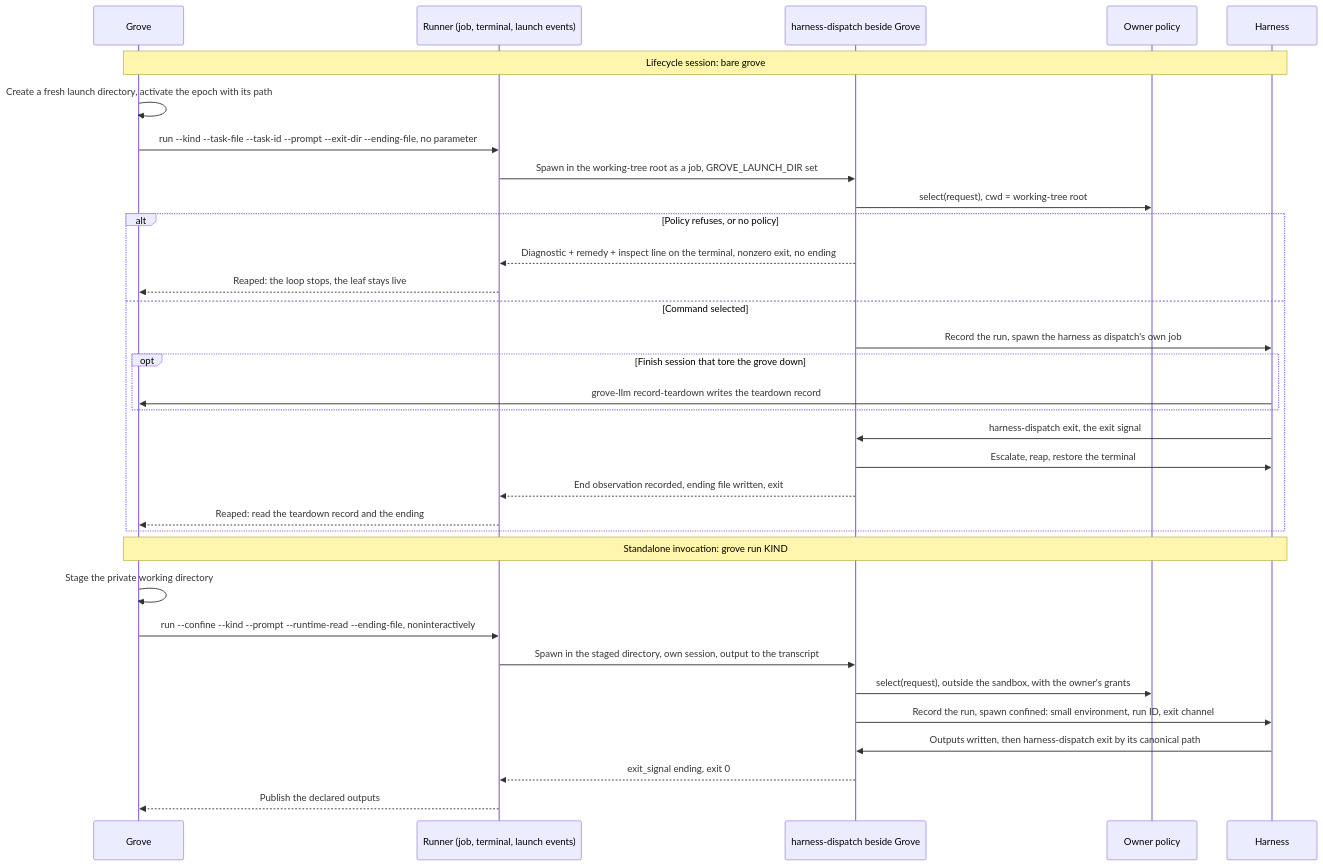
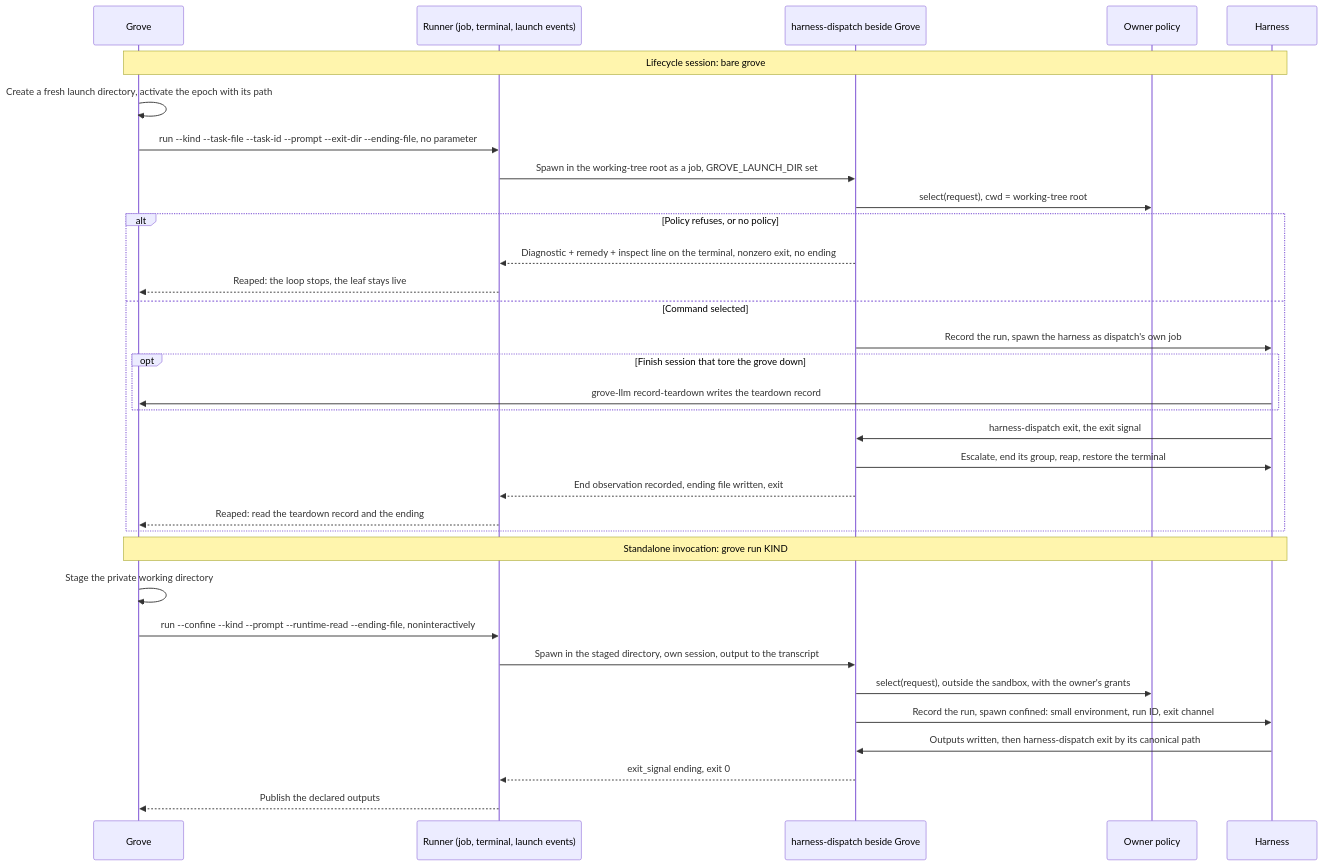
Before and after one commit to Linkuistics/grove: the diagram in docs/design/harness-selection-and-execution/grove-launch.mmd, drawn with Mermaid. The commit also changed 14 other files, not shown here.

```diff
--- a/docs/design/harness-selection-and-execution/grove-launch.mmd
+++ b/docs/design/harness-selection-and-execution/grove-launch.mmd
@@ -1,33 +1,33 @@
 sequenceDiagram
   participant G as Grove
   participant N as Runner (job, terminal, launch events)
   participant X as harness-dispatch beside Grove
   participant P as Owner policy
   participant H as Harness
   Note over G,H: Lifecycle session: bare grove
   G->>G: Create a fresh launch directory, activate the epoch with its path
   G->>N: run --kind --task-file --task-id --prompt --exit-dir --ending-file, no parameter
   N->>X: Spawn in the working-tree root as a job, GROVE_LAUNCH_DIR set
   X->>P: select(request), cwd = working-tree root
   alt Policy refuses, or no policy
     X-->>N: Diagnostic + remedy + inspect line on the terminal, nonzero exit, no ending
     N-->>G: Reaped: the loop stops, the leaf stays live
   else Command selected
     X->>H: Record the run, spawn the harness as dispatch's own job
     opt Finish session that tore the grove down
       H->>G: grove-llm record-teardown writes the teardown record
     end
     H->>X: harness-dispatch exit, the exit signal
-    X->>H: Escalate, reap, restore the terminal
+    X->>H: Escalate, end its group, reap, restore the terminal
     X-->>N: End observation recorded, ending file written, exit
     N-->>G: Reaped: read the teardown record and the ending
   end
   Note over G,H: Standalone invocation: grove run KIND
   G->>G: Stage the private working directory
   G->>N: run --confine --kind --prompt --runtime-read --ending-file, noninteractively
   N->>X: Spawn in the staged directory, own session, output to the transcript
   X->>P: select(request), outside the sandbox, with the owner's grants
   X->>H: Record the run, spawn confined: small environment, run ID, exit channel
   H->>X: Outputs written, then harness-dispatch exit by its canonical path
   X-->>N: exit_signal ending, exit 0
   N-->>G: Publish the declared outputs
```
